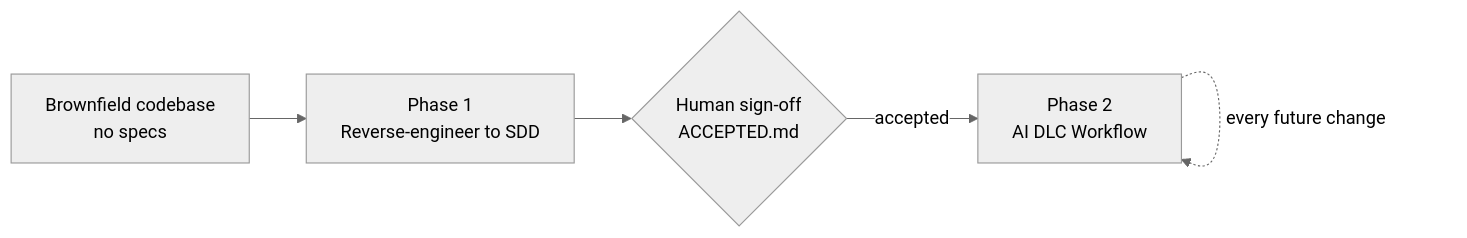
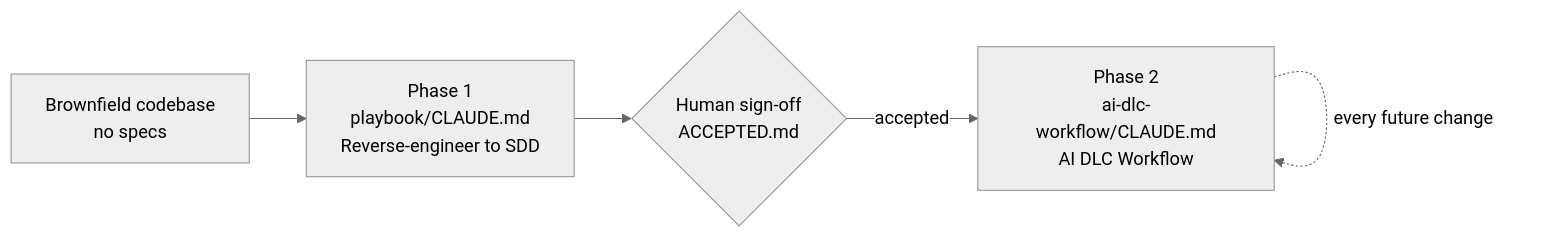
One commit to rakesh-rajwar/AI-DLC changed the diagram in README.md. Above: the diagram before and after it, drawn with Mermaid (neutral theme). The commit also changed other lines of this file and 3 other files, not shown here.

First line of the commit message:
Split into 2 folders: playbook/ (Phase 1) and ai-dlc-workflow/ (Phase 2)

````diff
--- a/README.md
+++ b/README.md
@@ -12,7 +12,7 @@
 ```mermaid
 flowchart LR
-    A[Brownfield codebase<br/>no specs] --> B[Phase 1<br/>Reverse-engineer to SDD]
+    A[Brownfield codebase<br/>no specs] --> B[Phase 1<br/>playbook/CLAUDE.md<br/>Reverse-engineer to SDD]
     B --> C{Human sign-off<br/>ACCEPTED.md}
-    C -->|accepted| D[Phase 2<br/>AI DLC Workflow]
+    C -->|accepted| D[Phase 2<br/>ai-dlc-workflow/CLAUDE.md<br/>AI DLC Workflow]
     D -.->|every future change| D
 ```
````
